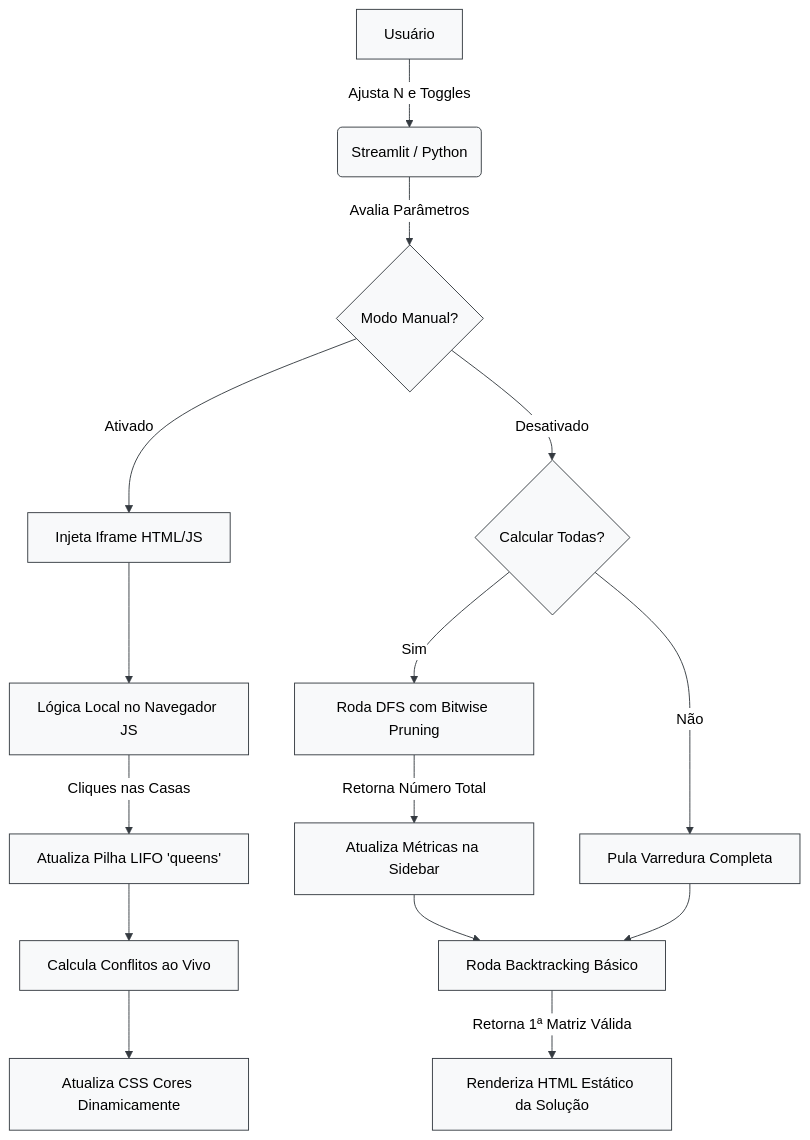
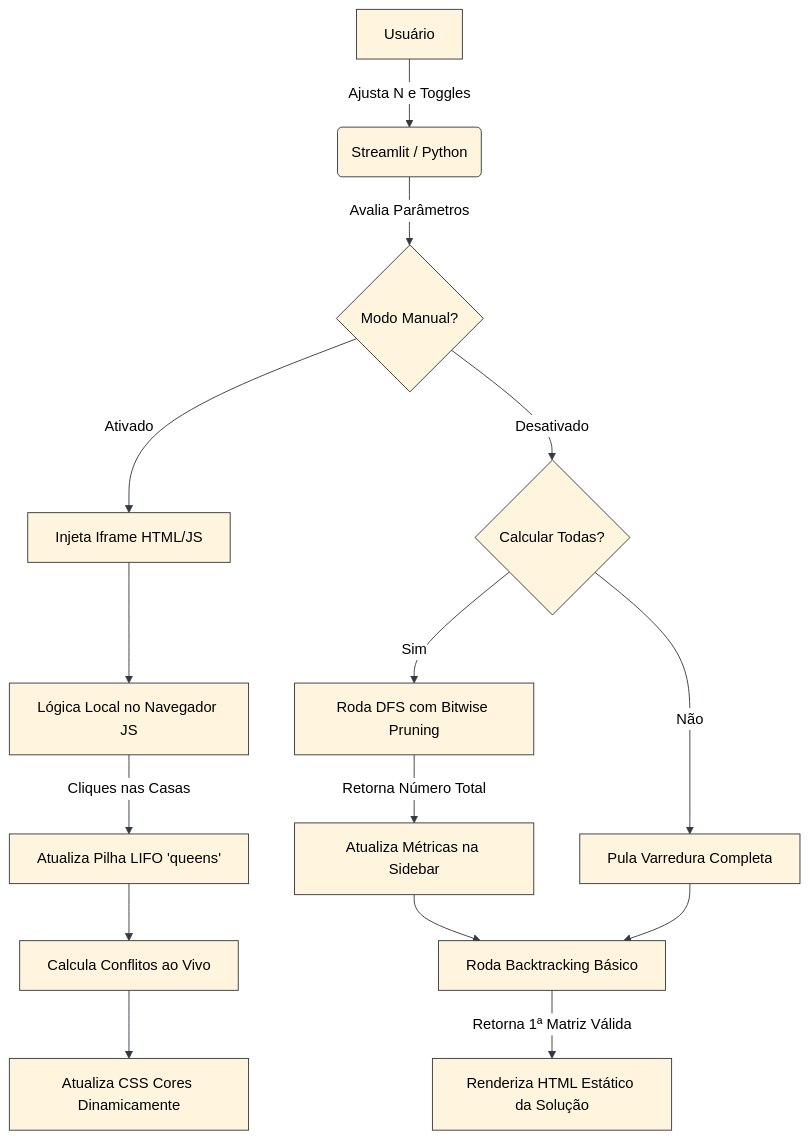
The diagram in README.md (LuanVitorCD/IA_ProblemaNRainhas), drawn with Mermaid before and after one commit.

Commit message:
docs: improve Mermaid diagram theme

````diff
--- a/README.md
+++ b/README.md
@@ -65,38 +65,30 @@
 ```mermaid
 %%{init: {
   'theme': 'base',
   'themeVariables': {
-    'background': '#ffffff',
-    'primaryColor': '#f8f9fa',
     'primaryTextColor': '#000000',
     'primaryBorderColor': '#343a40',
-    'secondaryColor': '#ffffff',
-    'secondaryTextColor': '#000000',
-    'secondaryBorderColor': '#343a40',
-    'tertiaryColor': '#ffffff',
-    'tertiaryTextColor': '#000000',
-    'tertiaryBorderColor': '#343a40',
     'lineColor': '#343a40',
     'textColor': '#000000',
     'edgeLabelBackground': '#ffffff'
   }
 }}%%
 graph TD
     A[Usuário] -->|Ajusta N e Toggles| B(Streamlit / Python)
     B -->|Avalia Parâmetros| C{Modo Manual?}
     
     C -->|Ativado| E[Injeta Iframe HTML/JS]
     E --> G[Lógica Local no Navegador JS]
     G -->|Cliques nas Casas| H[Atualiza Pilha LIFO 'queens']
     H --> I[Calcula Conflitos ao Vivo]
     I --> J[Atualiza CSS Cores Dinamicamente]
 
     C -->|Desativado| D{Calcular Todas?}
     D -->|Sim| K[Roda DFS com Bitwise Pruning]
     K -->|Retorna Número Total| L[Atualiza Métricas na Sidebar]
     D -->|Não| M[Pula Varredura Completa]
     
     L --> N[Roda Backtracking Básico]
     M --> N
     N -->|Retorna 1ª Matriz Válida| F[Renderiza HTML Estático da Solução]
 ```
````
